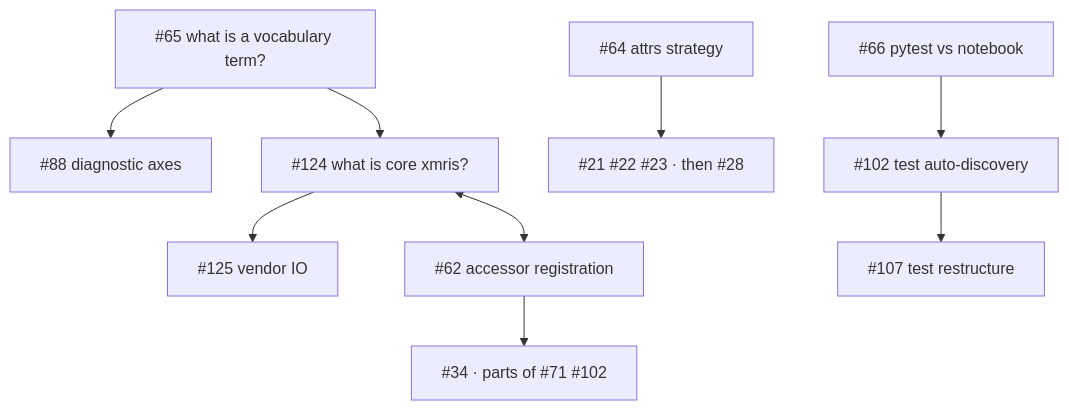
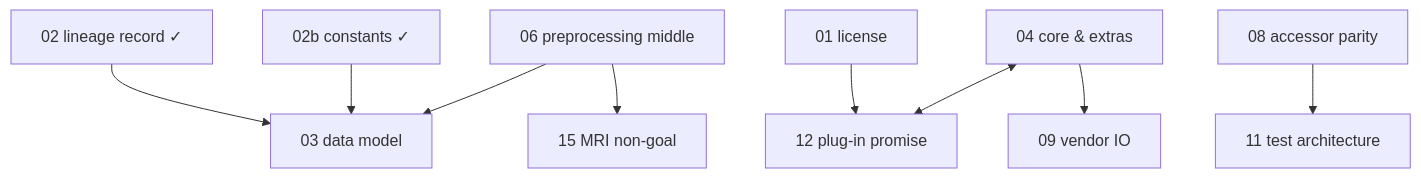
Before and after one commit to andrewendlinger/xmris: the diagram in docs/roadmap.md, drawn with Mermaid. The commit also changed other lines of this file and 4 other files, not shown here.

First line of the commit message:
docs(roadmap): decisions visible on the line, 02/02b exploration notebooks tracked and linked

````diff
--- a/docs/roadmap.md
+++ b/docs/roadmap.md
@@ -393,12 +509,12 @@
 ```{mermaid}
 %%{init: {'flowchart': {'htmlLabels': false}}}%%
 flowchart TD
-    n65["#65 what is a vocabulary term?"] --> n88["#88 diagnostic axes"]
-    n65 --> n124["#124 what is core xmris?"]
-    n124 --> n125["#125 vendor IO"]
-    n124 <--> n62["#62 accessor registration"]
-    n62 --> n62d["#34 · parts of #71 #102"]
-    n64["#64 attrs strategy"] --> n64d["#21 #22 #23 · then #28"]
-    n66["#66 pytest vs notebook"] --> n102["#102 test auto-discovery"]
-    n102 --> n107["#107 test restructure"]
+    d02["02 lineage record ✓"] --> d03["03 data model"]
+    d02b["02b constants ✓"] --> d03
+    d06["06 preprocessing middle"] --> d03
+    d06 --> d15["15 MRI non-goal"]
+    d01["01 license"] --> d12["12 plug-in promise"]
+    d04["04 core & extras"] <--> d12
+    d04 --> d09["09 vendor IO"]
+    d08["08 accessor parity"] --> d11["11 test architecture"]
 ```
````
